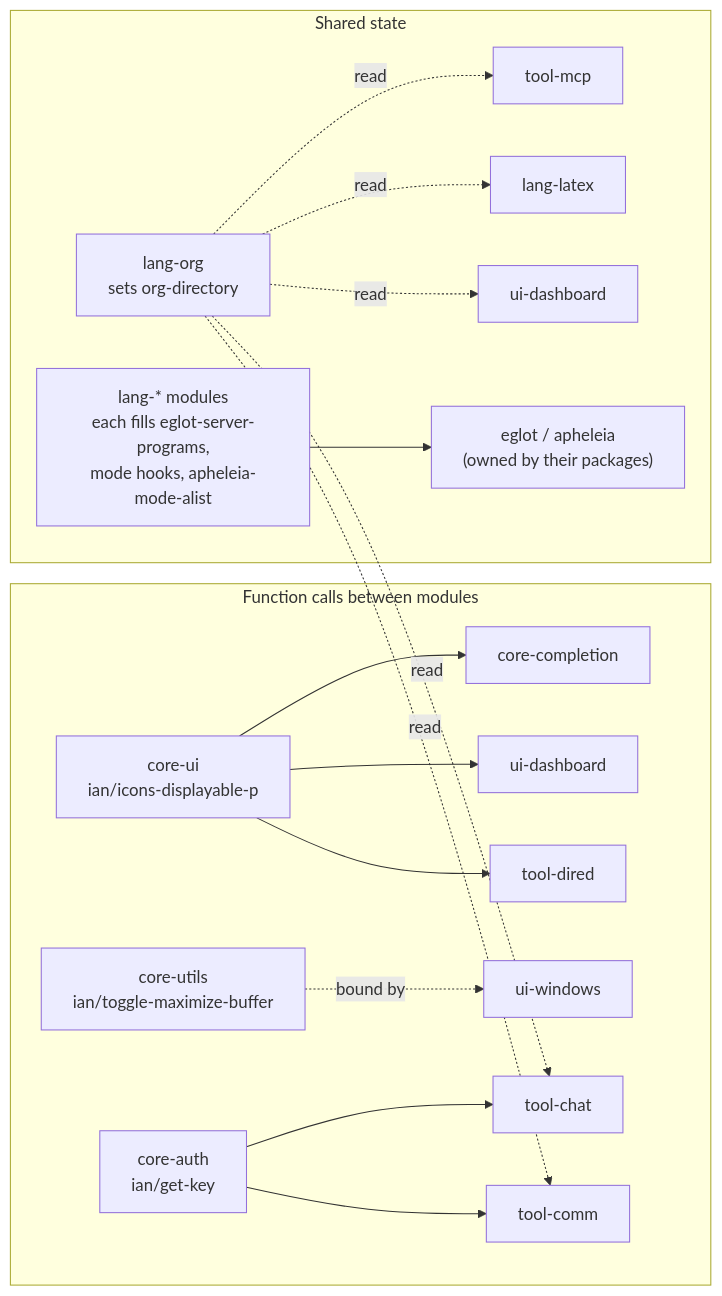
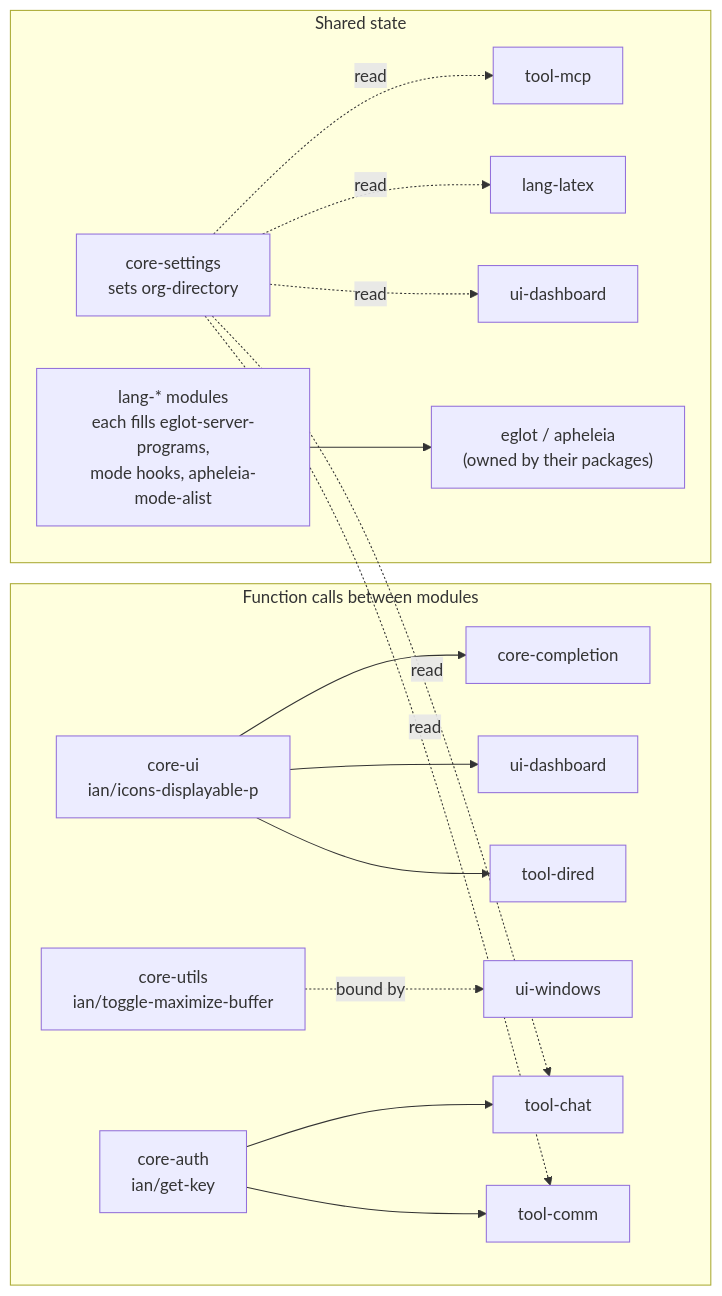
The second of 3 diagrams in docs/ARCHITECTURE.md (ianffcs/my-emacs-init), drawn with Mermaid before and after one commit. The commit also changed other lines of this file and 7 other files, not shown here.

````diff
--- a/docs/ARCHITECTURE.md
+++ b/docs/ARCHITECTURE.md
@@ -26,19 +26,19 @@
 ```mermaid
 flowchart LR
   subgraph fn["Function calls between modules"]
     CU["core-ui<br/>ian/icons-displayable-p"] --> CC[core-completion]
     CU --> UD[ui-dashboard]
     CU --> TD[tool-dired]
     CUT["core-utils<br/>ian/toggle-maximize-buffer"] -.bound by.-> UW[ui-windows]
     CA["core-auth<br/>ian/get-key"] --> TCH[tool-chat]
     CA --> TC[tool-comm]
   end
   subgraph state["Shared state"]
-    LO["lang-org<br/>sets org-directory"] -.read.-> TCH[tool-chat]
-    LO -.read.-> TM[tool-mcp]
-    LO -.read.-> TC[tool-comm]
-    LO -.read.-> LX[lang-latex]
-    LO -.read.-> UD2[ui-dashboard]
+    CS["core-settings<br/>sets org-directory"] -.read.-> TCH[tool-chat]
+    CS -.read.-> TM[tool-mcp]
+    CS -.read.-> TC[tool-comm]
+    CS -.read.-> LX[lang-latex]
+    CS -.read.-> UD2[ui-dashboard]
     LM["lang-* modules<br/>each fills eglot-server-programs,<br/>mode hooks, apheleia-mode-alist"] --> ED["eglot / apheleia<br/>(owned by their packages)"]
   end
 ```
````
